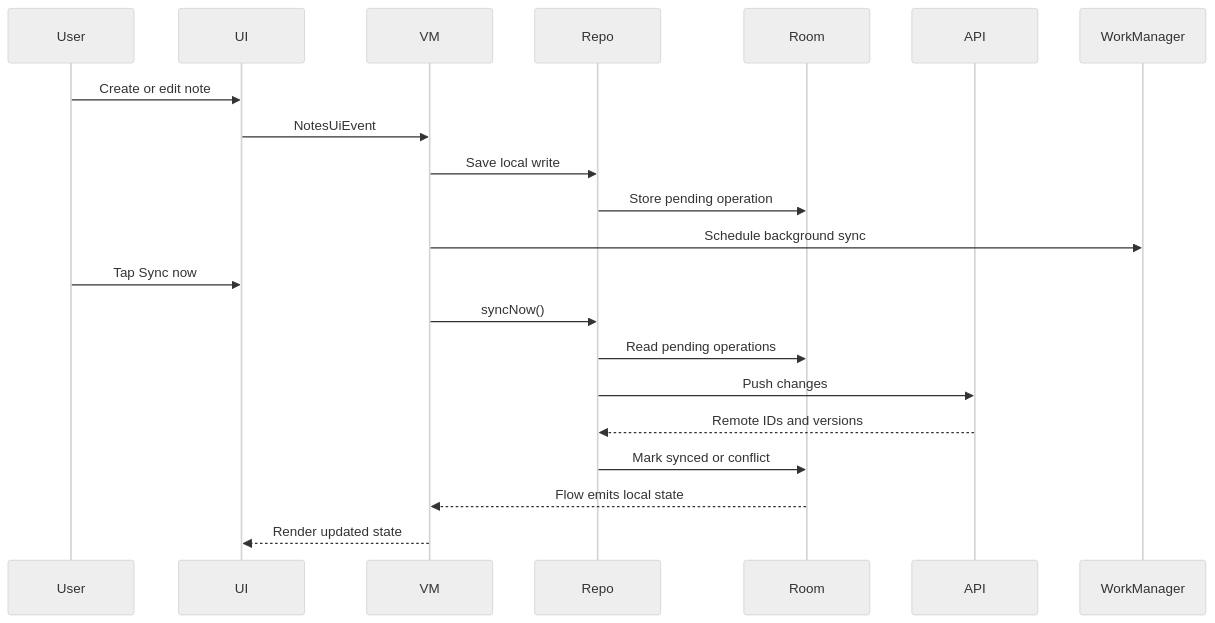
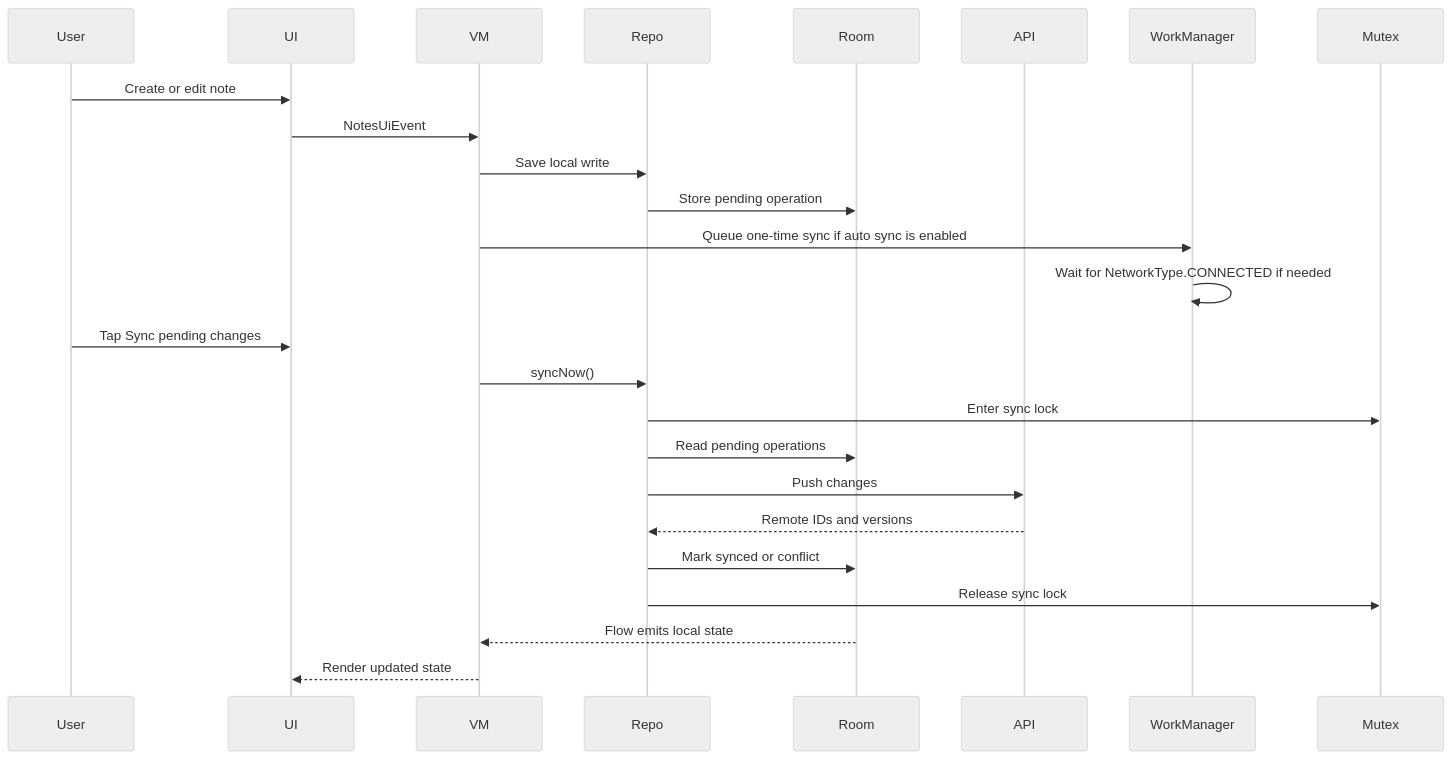
Before and after one commit to venkata-ram/FieldNotes-OfflineFirstSystemDesign: the second of 2 diagrams in docs/learning/m15-final-polish-and-architecture-review.md, drawn with Mermaid (neutral theme). The commit also changed other lines of this file and 17 other files, not shown here.

````diff
--- a/docs/learning/m15-final-polish-and-architecture-review.md
+++ b/docs/learning/m15-final-polish-and-architecture-review.md
@@ -112,24 +158,28 @@
 ```mermaid
 sequenceDiagram
     participant User
     participant UI
     participant VM
     participant Repo
     participant Room
     participant API
     participant WM as WorkManager
+    participant Lock as Mutex
 
     User->>UI: Create or edit note
     UI->>VM: NotesUiEvent
     VM->>Repo: Save local write
     Repo->>Room: Store pending operation
-    VM->>WM: Schedule background sync
-    User->>UI: Tap Sync now
+    VM->>WM: Queue one-time sync if auto sync is enabled
+    WM->>WM: Wait for NetworkType.CONNECTED if needed
+    User->>UI: Tap Sync pending changes
     VM->>Repo: syncNow()
+    Repo->>Lock: Enter sync lock
     Repo->>Room: Read pending operations
     Repo->>API: Push changes
     API-->>Repo: Remote IDs and versions
     Repo->>Room: Mark synced or conflict
+    Repo->>Lock: Release sync lock
     Room-->>VM: Flow emits local state
     VM-->>UI: Render updated state
 ```
````
